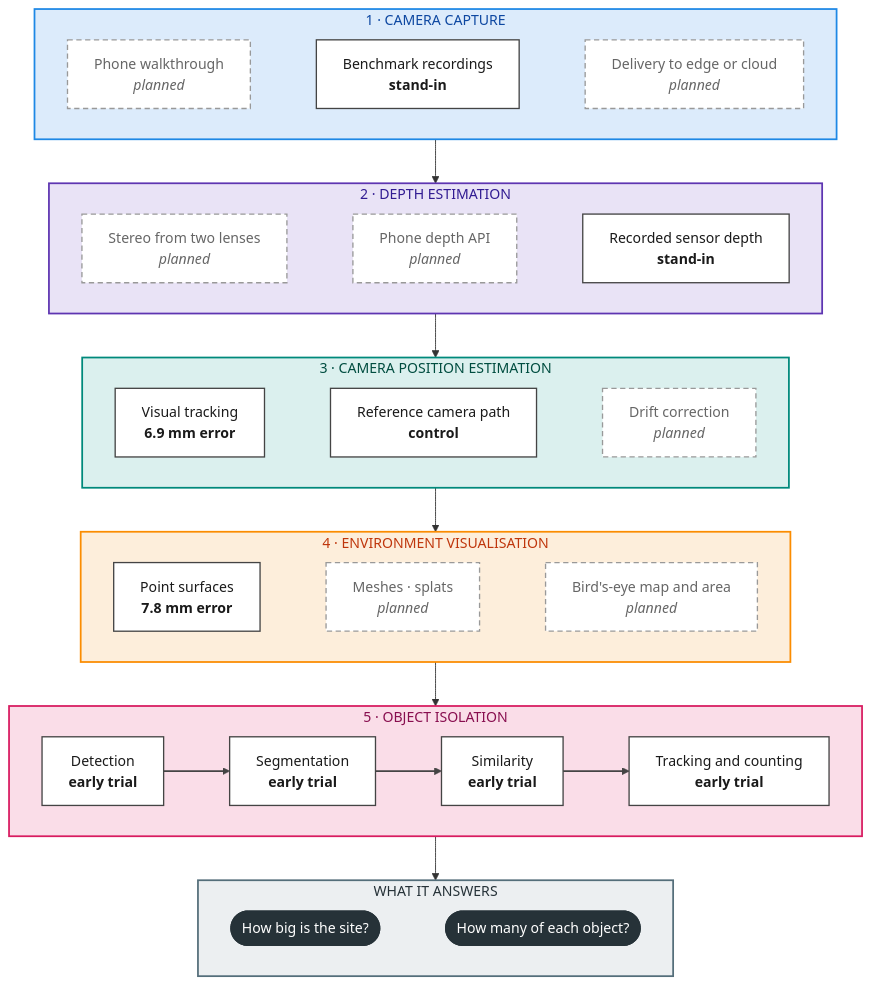
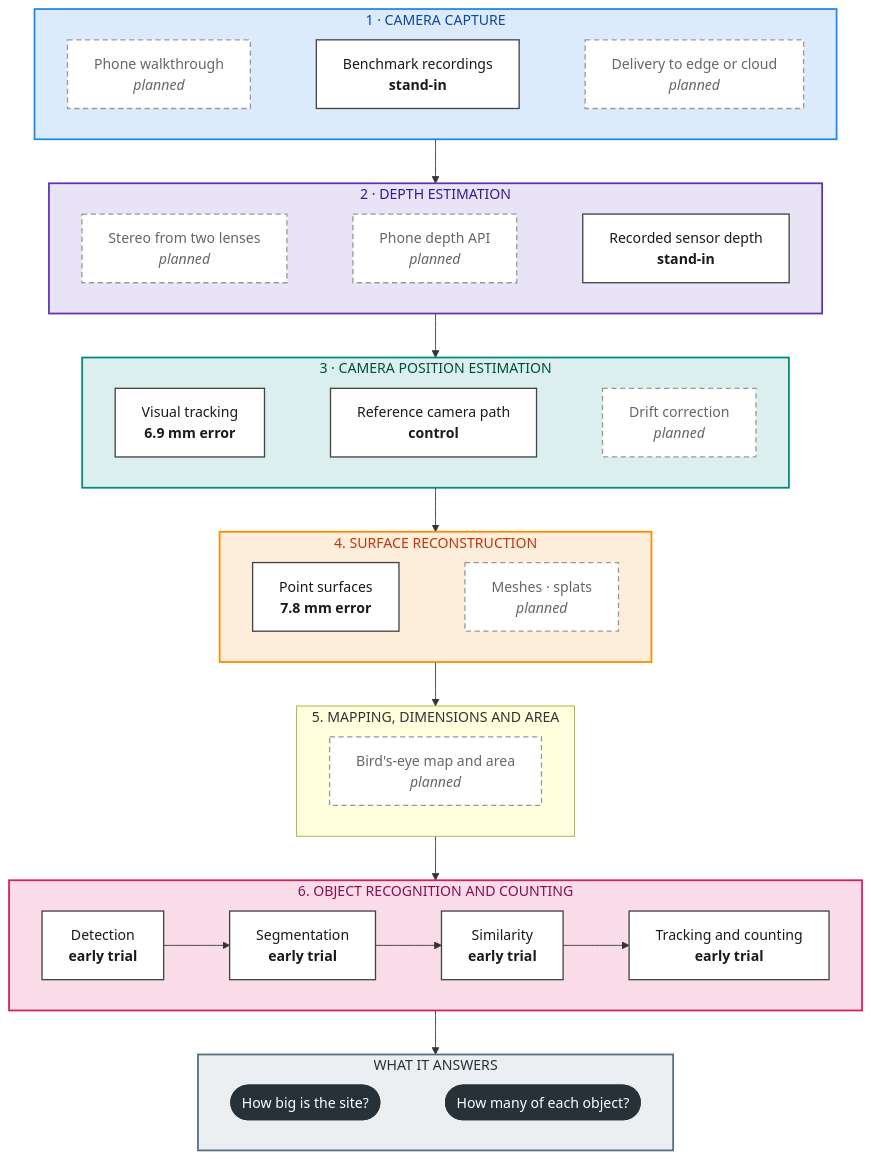
Before and after one commit to jkind9/FYLD_research: the diagram in README.md, drawn with Mermaid. The commit also changed other lines of this file and 134 other files, not shown here.

````diff
--- a/README.md
+++ b/README.md
@@ -44,48 +44,51 @@
 ```mermaid
 flowchart TD
     subgraph L1["1 · CAMERA CAPTURE"]
         direction LR
         c1["Phone walkthrough<br/><i>planned</i>"] ~~~ c2["Benchmark recordings<br/><b>stand-in</b>"] ~~~ c3["Delivery to edge or cloud<br/><i>planned</i>"]
     end
 
     subgraph L2["2 · DEPTH ESTIMATION"]
         direction LR
         d1["Stereo from two lenses<br/><i>planned</i>"] ~~~ d2["Phone depth API<br/><i>planned</i>"] ~~~ d3["Recorded sensor depth<br/><b>stand-in</b>"]
     end
 
     subgraph L3["3 · CAMERA POSITION ESTIMATION"]
         direction LR
         p1["Visual tracking<br/><b>6.9 mm error</b>"] ~~~ p2["Reference camera path<br/><b>control</b>"] ~~~ p3["Drift correction<br/><i>planned</i>"]
     end
 
-    subgraph L4["4 · ENVIRONMENT VISUALISATION"]
+    subgraph L4["4. SURFACE RECONSTRUCTION"]
         direction LR
-        e1["Point surfaces<br/><b>7.8 mm error</b>"] ~~~ e2["Meshes · splats<br/><i>planned</i>"] ~~~ e3["Bird's-eye map and area<br/><i>planned</i>"]
+        e1["Point surfaces<br/><b>7.8 mm error</b>"] ~~~ e2["Meshes · splats<br/><i>planned</i>"]
     end
 
-    subgraph L5["5 · OBJECT ISOLATION"]
+    subgraph L5["5. MAPPING, DIMENSIONS AND AREA"]
+        e3["Bird's-eye map and area<br/><i>planned</i>"]
+    end
+
+    subgraph L6["6. OBJECT RECOGNITION AND COUNTING"]
         direction LR
         o1["Detection<br/><b>early trial</b>"] --> o2["Segmentation<br/><b>early trial</b>"] --> o3["Similarity<br/><b>early trial</b>"] --> o4["Tracking and counting<br/><b>early trial</b>"]
     end
 
     subgraph OUT["WHAT IT ANSWERS"]
         direction LR
         q1(["How big is the site?"]) ~~~ q2(["How many of each object?"])
     end
 
-    L1 --> L2 --> L3 --> L4 --> L5 --> OUT
+    L1 --> L2 --> L3 --> L4 --> L5 --> L6 --> OUT
 
     classDef default fill:#ffffff,stroke:#444,stroke-width:1.5px,color:#1a1a1a
     classDef planned fill:#ffffff,stroke:#999,stroke-width:1.5px,stroke-dasharray:6 4,color:#666
     classDef answer fill:#263238,stroke:#263238,color:#ffffff
     class c1,c3,d1,d2,p3,e2,e3 planned
     class q1,q2 answer
-    linkStyle 8,9,10 stroke:#444,stroke-width:2px
 
     style L1 fill:#DCEBFB,stroke:#1E88E5,stroke-width:2px,color:#0D47A1
     style L2 fill:#E9E3F6,stroke:#5E35B1,stroke-width:2px,color:#311B92
     style L3 fill:#DBF0EE,stroke:#00897B,stroke-width:2px,color:#004D40
     style L4 fill:#FDEEDB,stroke:#FB8C00,stroke-width:2px,color:#BF360C
-    style L5 fill:#FADDE8,stroke:#D81B60,stroke-width:2px,color:#880E4F
+    style L6 fill:#FADDE8,stroke:#D81B60,stroke-width:2px,color:#880E4F
     style OUT fill:#ECEFF1,stroke:#546E7A,stroke-width:2px,color:#263238
 ```
````
